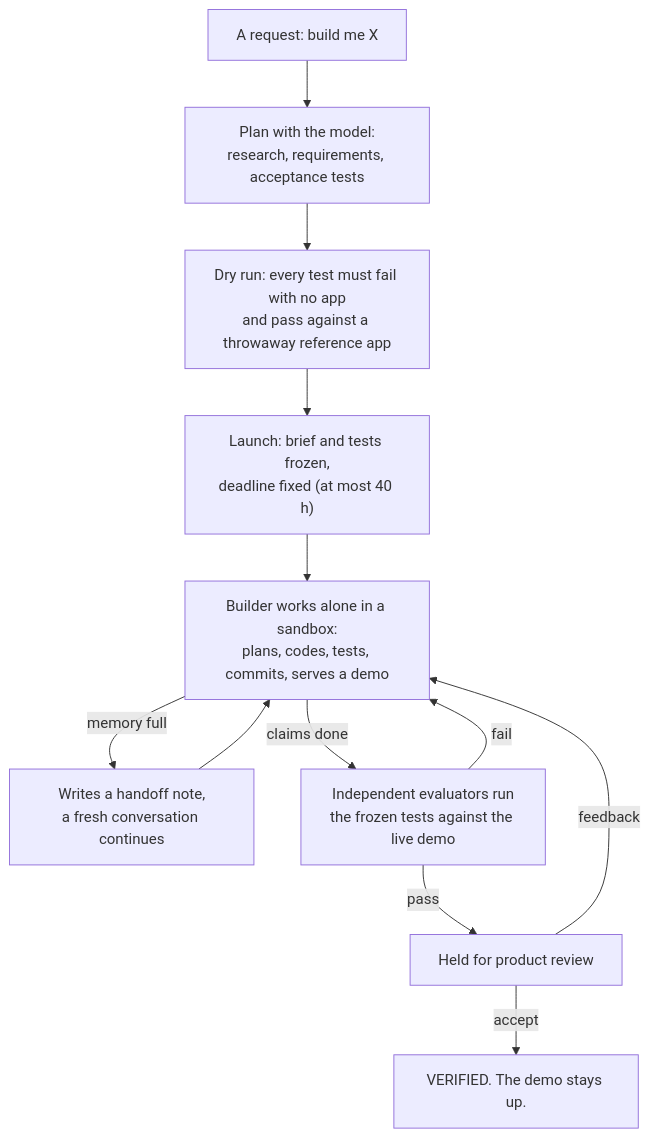
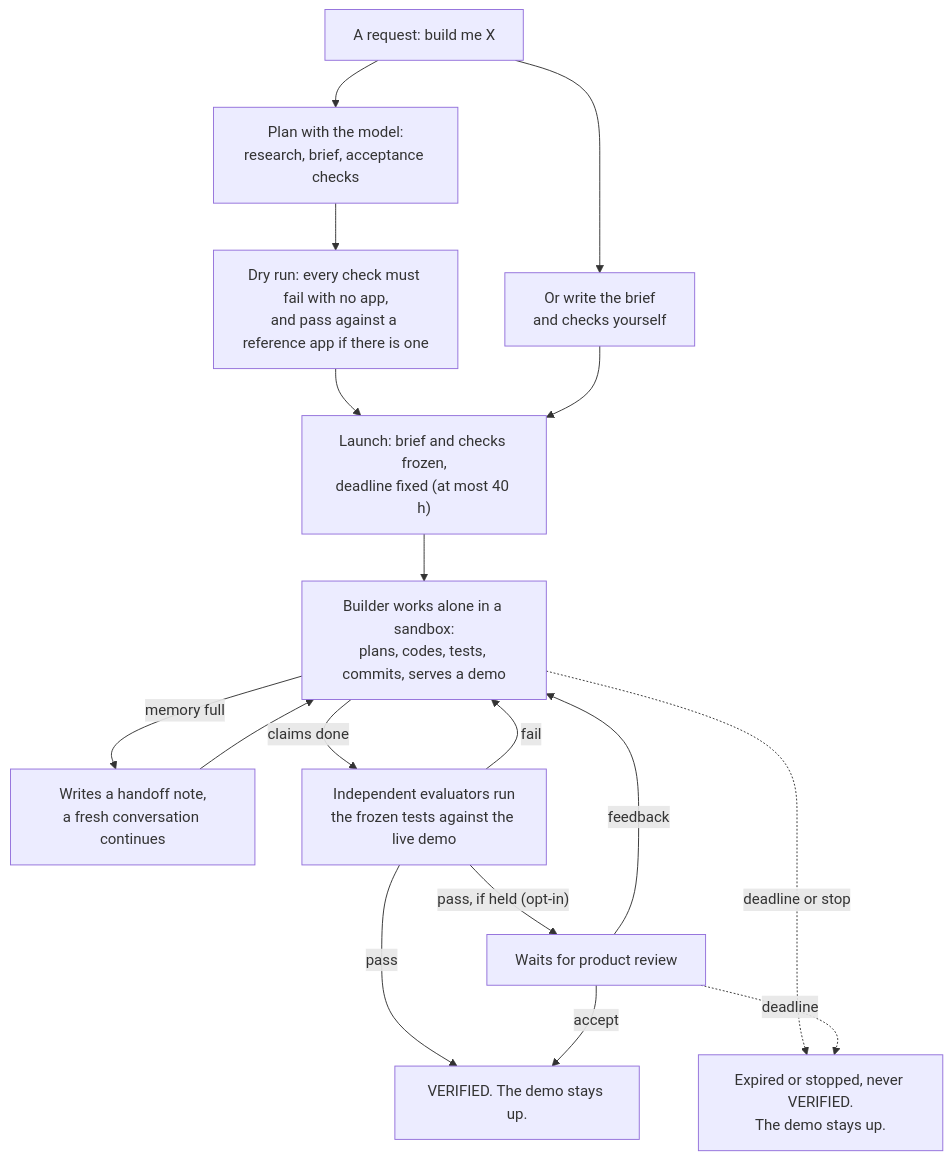
The diagram in README.md (EduardKakosyan/dgx-autonomy), drawn with Mermaid before and after one commit. The commit also changed other lines of this file, not shown here.

````diff
--- a/README.md
+++ b/README.md
@@ -34,14 +36,19 @@
 ```mermaid
 flowchart TD
-    A["A request: build me X"] --> B["Plan with the model:<br/>research, requirements, acceptance tests"]
-    B --> C["Dry run: every test must fail with no app<br/>and pass against a throwaway reference app"]
-    C --> D["Launch: brief and tests frozen,<br/>deadline fixed (at most 40 h)"]
+    A["A request: build me X"] --> B["Plan with the model:<br/>research, brief, acceptance checks"]
+    A --> W["Or write the brief<br/>and checks yourself"]
+    B --> C["Dry run: every check must fail with no app,<br/>and pass against a reference app if there is one"]
+    C --> D["Launch: brief and checks frozen,<br/>deadline fixed (at most 40 h)"]
+    W --> D
     D --> E["Builder works alone in a sandbox:<br/>plans, codes, tests, commits, serves a demo"]
     E -->|"memory full"| H["Writes a handoff note,<br/>a fresh conversation continues"]
     H --> E
     E -->|"claims done"| F["Independent evaluators run<br/>the frozen tests against the live demo"]
     F -->|"fail"| E
-    F -->|"pass"| G["Held for product review"]
+    F -->|"pass"| V["VERIFIED. The demo stays up."]
+    F -->|"pass, if held (opt-in)"| G["Waits for product review"]
     G -->|"feedback"| E
-    G -->|"accept"| V["VERIFIED. The demo stays up."]
+    G -->|"accept"| V
+    E -.->|"deadline or stop"| X["Expired or stopped, never VERIFIED.<br/>The demo stays up."]
+    G -.->|"deadline"| X
 ```
````
